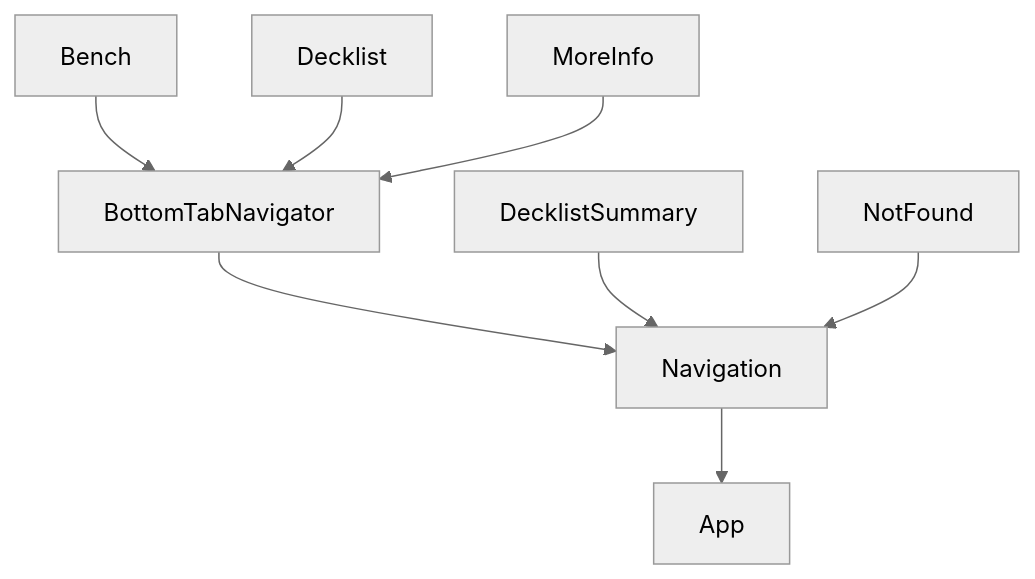
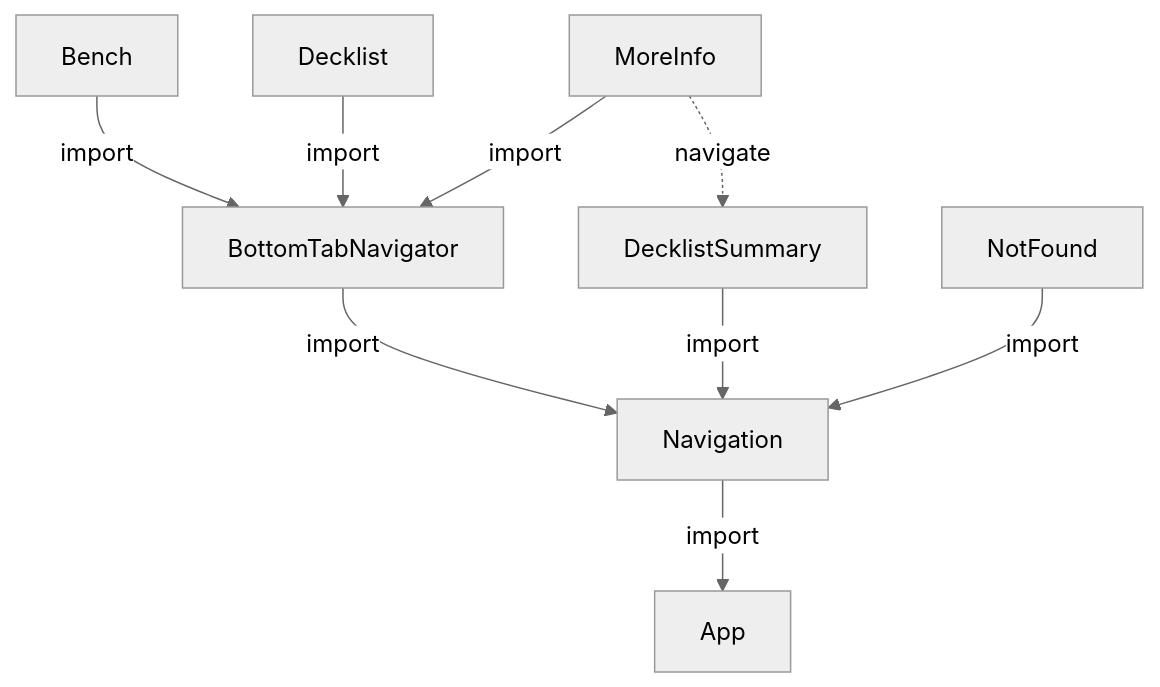
One commit to oceanicsdotio/magic-the-gathering changed the diagram in README.md. Above: the diagram before and after it, drawn with Mermaid (neutral theme).

Commit message:
touch up mermaid with labels

````diff
--- a/README.md
+++ b/README.md
@@ -19,10 +19,11 @@
 ```mermaid
 graph TD
-    Navigation --> App;
-    BottomTabNavigator --> Navigation;
-    DecklistSummary --> Navigation;
-    NotFound --> Navigation;
-    Bench --> BottomTabNavigator;
-    Decklist --> BottomTabNavigator;
-    MoreInfo --> BottomTabNavigator;
+    Navigation -- import --> App;
+    BottomTabNavigator -- import --> Navigation;
+    DecklistSummary -- import --> Navigation;
+    NotFound -- import --> Navigation;
+    Bench -- import --> BottomTabNavigator;
+    Decklist -- import --> BottomTabNavigator;
+    MoreInfo -- import --> BottomTabNavigator;
+    MoreInfo -. navigate .-> DecklistSummary
 ```
````
